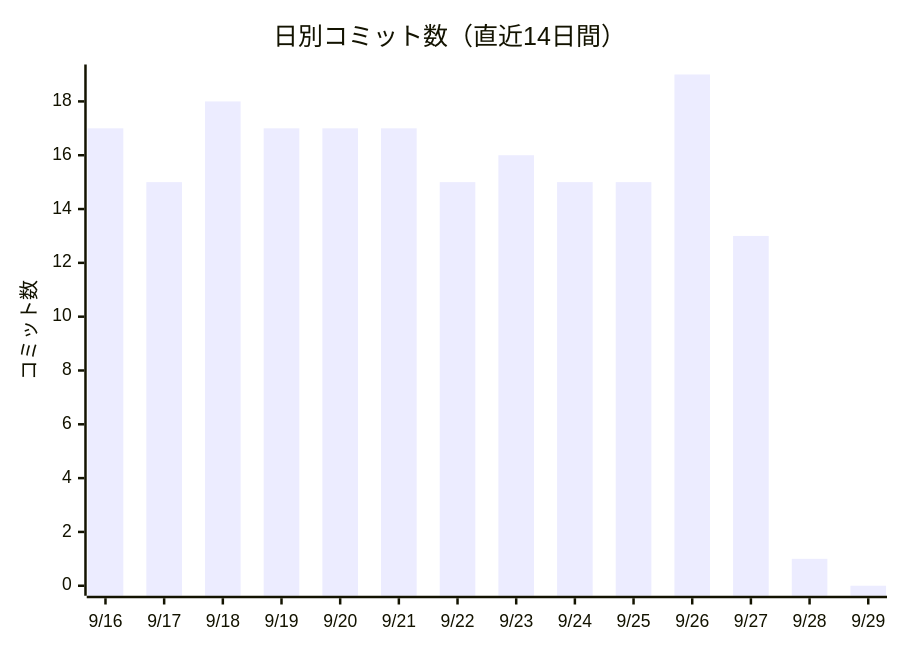
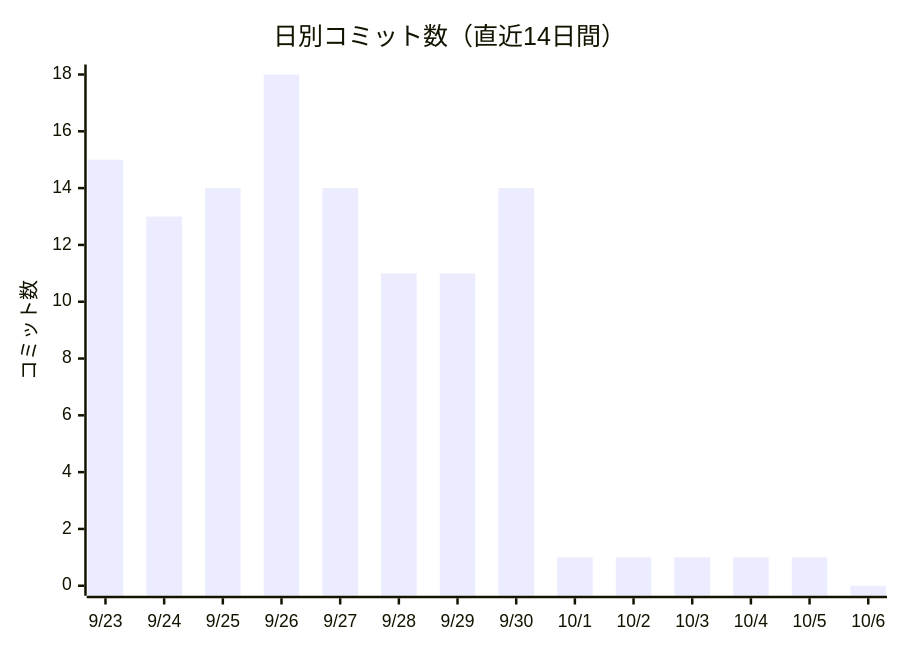
One commit to non-x2/non-x2 changed the first of 2 diagrams in docs/進化レポート.md. Above: the diagram before and after it, drawn with Mermaid. The commit also changed other lines of this file and 6 other files, not shown here.

First line of the commit message:
🌱 毎日の自己改良（5件）地図の見張り番を広げた＋案内と台数のズレを4つ直した (#101)

````diff
--- a/docs/進化レポート.md
+++ b/docs/進化レポート.md
@@ -23,7 +23,7 @@
 ```mermaid
 xychart-beta
     title "日別コミット数（直近14日間）"
-    x-axis ["9/16", "9/17", "9/18", "9/19", "9/20", "9/21", "9/22", "9/23", "9/24", "9/25", "9/26", "9/27", "9/28", "9/29"]
+    x-axis ["9/23", "9/24", "9/25", "9/26", "9/27", "9/28", "9/29", "9/30", "10/1", "10/2", "10/3", "10/4", "10/5", "10/6"]
     y-axis "コミット数"
-    bar [17, 15, 18, 17, 17, 17, 15, 16, 15, 15, 19, 13, 1, 0]
+    bar [15, 13, 14, 18, 14, 11, 11, 14, 1, 1, 1, 1, 1, 0]
 ```
````
